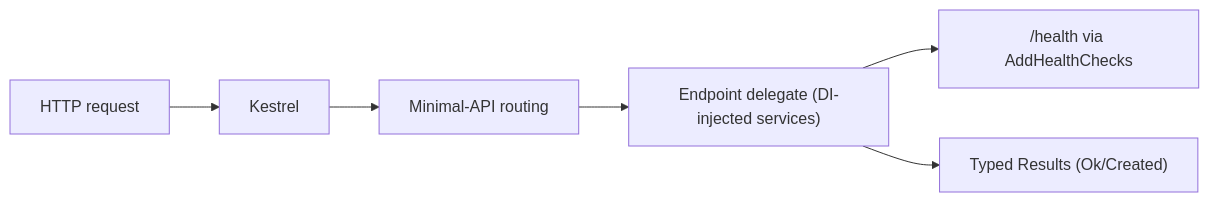
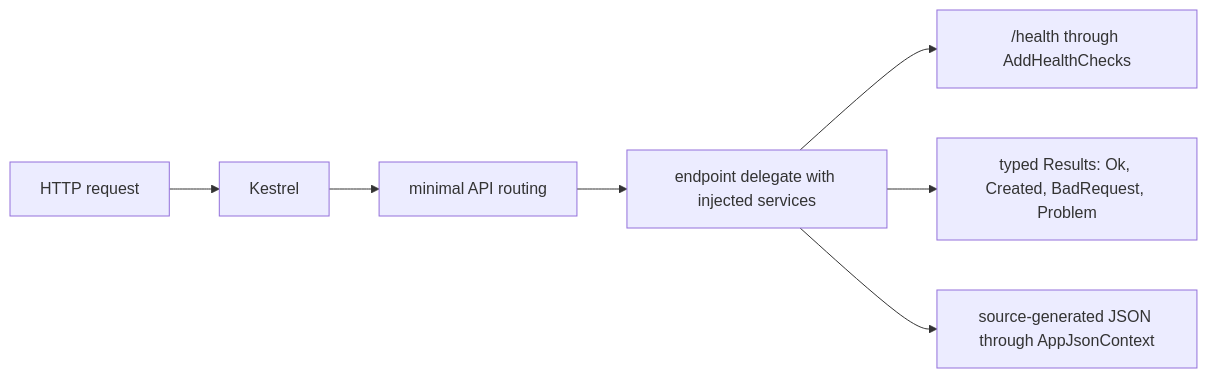
Before and after one commit to e128/dotnet-reference: the third of 3 diagrams in docs/architecture/security.md, drawn with Mermaid. The commit also changed other lines of this file and 20 other files, not shown here.

````diff
--- a/docs/architecture/security.md
+++ b/docs/architecture/security.md
@@ -91,8 +100,9 @@
 ```mermaid
 flowchart LR
   req["HTTP request"] --> kestrel["Kestrel"]
-  kestrel --> route["Minimal-API routing"]
-  route --> ep["Endpoint delegate (DI-injected services)"]
-  ep --> health["/health via AddHealthChecks"]
-  ep --> resp["Typed Results (Ok/Created)"]
+  kestrel --> route["minimal API routing"]
+  route --> ep["endpoint delegate with injected services"]
+  ep --> health["/health through AddHealthChecks"]
+  ep --> resp["typed Results: Ok, Created, BadRequest, Problem"]
+  ep --> json["source-generated JSON through AppJsonContext"]
 ```
````
